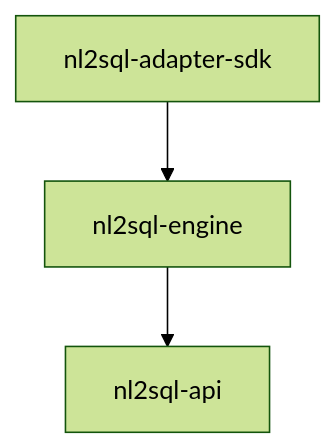
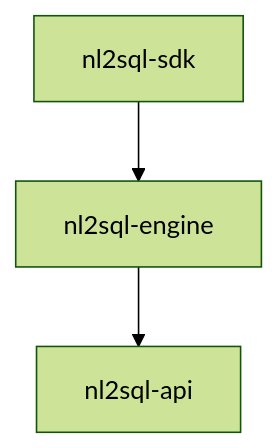
One commit to nadeem4/nl2sql changed the second of 2 diagrams in docs/development/releasing.md. Above: the diagram before and after it, drawn with Mermaid (forest theme). The commit also changed other lines of this file and 107 other files, not shown here.

First line of the commit message:
refactor(sdk): rename nl2sql-adapter-sdk to nl2sql-sdk (#262)

````diff
--- a/docs/development/releasing.md
+++ b/docs/development/releasing.md
@@ -631,5 +648,5 @@
 ```mermaid
 flowchart TD
-    SDK[nl2sql-adapter-sdk] --> CORE[nl2sql-engine]
+    SDK[nl2sql-sdk] --> CORE[nl2sql-engine]
     CORE --> API[nl2sql-api]
 ```
````
